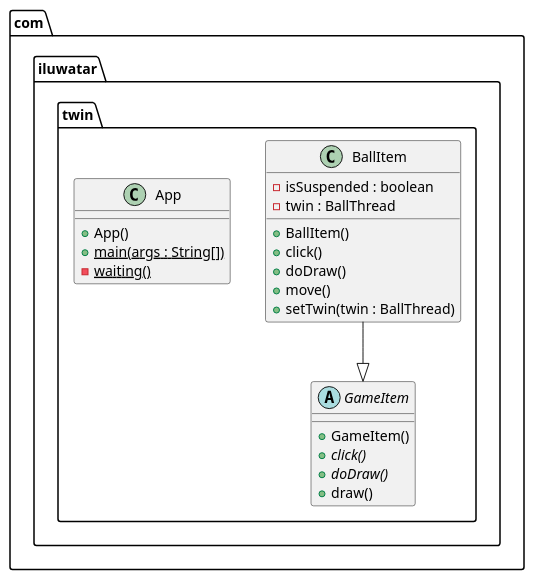
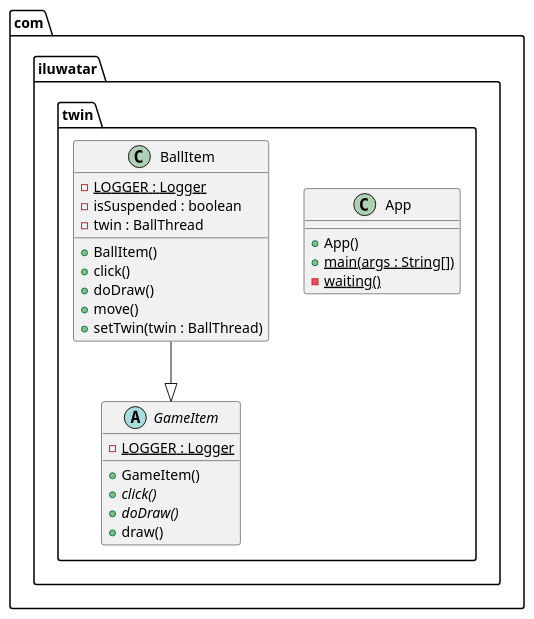
Before and after one commit to NatalieSty/java-design-patterns: the diagram in twin/etc/twin.urm.puml, drawn with PlantUML. The commit also changed 84 other files, not shown here.

```diff
--- a/twin/etc/twin.urm.puml
+++ b/twin/etc/twin.urm.puml
@@ -1,25 +1,27 @@
 @startuml
 package com.iluwatar.twin {
-  abstract class GameItem {
-    + GameItem()
-    + click() {abstract}
-    + doDraw() {abstract}
-    + draw()
+  class App {
+    + App()
+    + main(args : String[]) {static}
+    - waiting() {static}
   }
   class BallItem {
+    - LOGGER : Logger {static}
     - isSuspended : boolean
     - twin : BallThread
     + BallItem()
     + click()
     + doDraw()
     + move()
     + setTwin(twin : BallThread)
   }
-  class App {
-    + App()
-    + main(args : String[]) {static}
-    - waiting() {static}
+  abstract class GameItem {
+    - LOGGER : Logger {static}
+    + GameItem()
+    + click() {abstract}
+    + doDraw() {abstract}
+    + draw()
   }
 }
 BallItem --|> GameItem 
 @enduml
```
